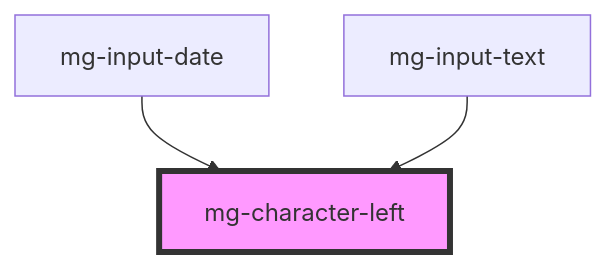
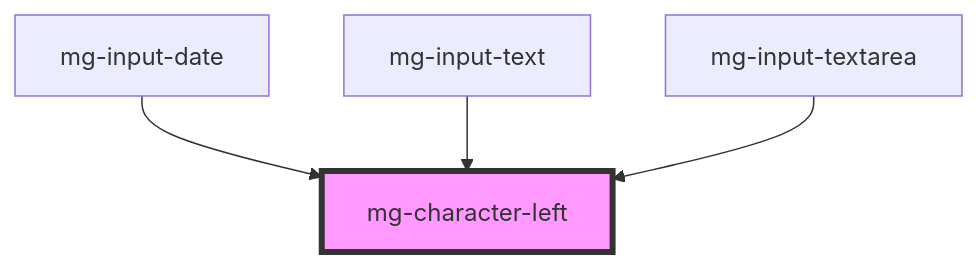
Before and after one commit to MGDIS/mg-components: the diagram in src/components/atoms/mg-character-left/readme.md, drawn with Mermaid. The commit also changed other lines of this file and 18 other files, not shown here.

````diff
--- a/src/components/atoms/mg-character-left/readme.md
+++ b/src/components/atoms/mg-character-left/readme.md
@@ -26,6 +27,7 @@
 ```mermaid
 graph TD;
   mg-input-date --> mg-character-left
   mg-input-text --> mg-character-left
+  mg-input-textarea --> mg-character-left
   style mg-character-left fill:#f9f,stroke:#333,stroke-width:4px
 ```
````
